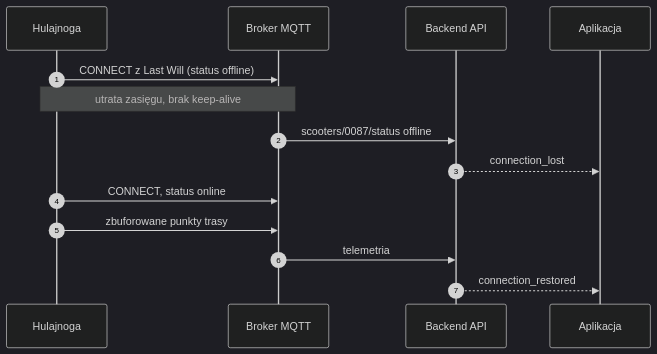
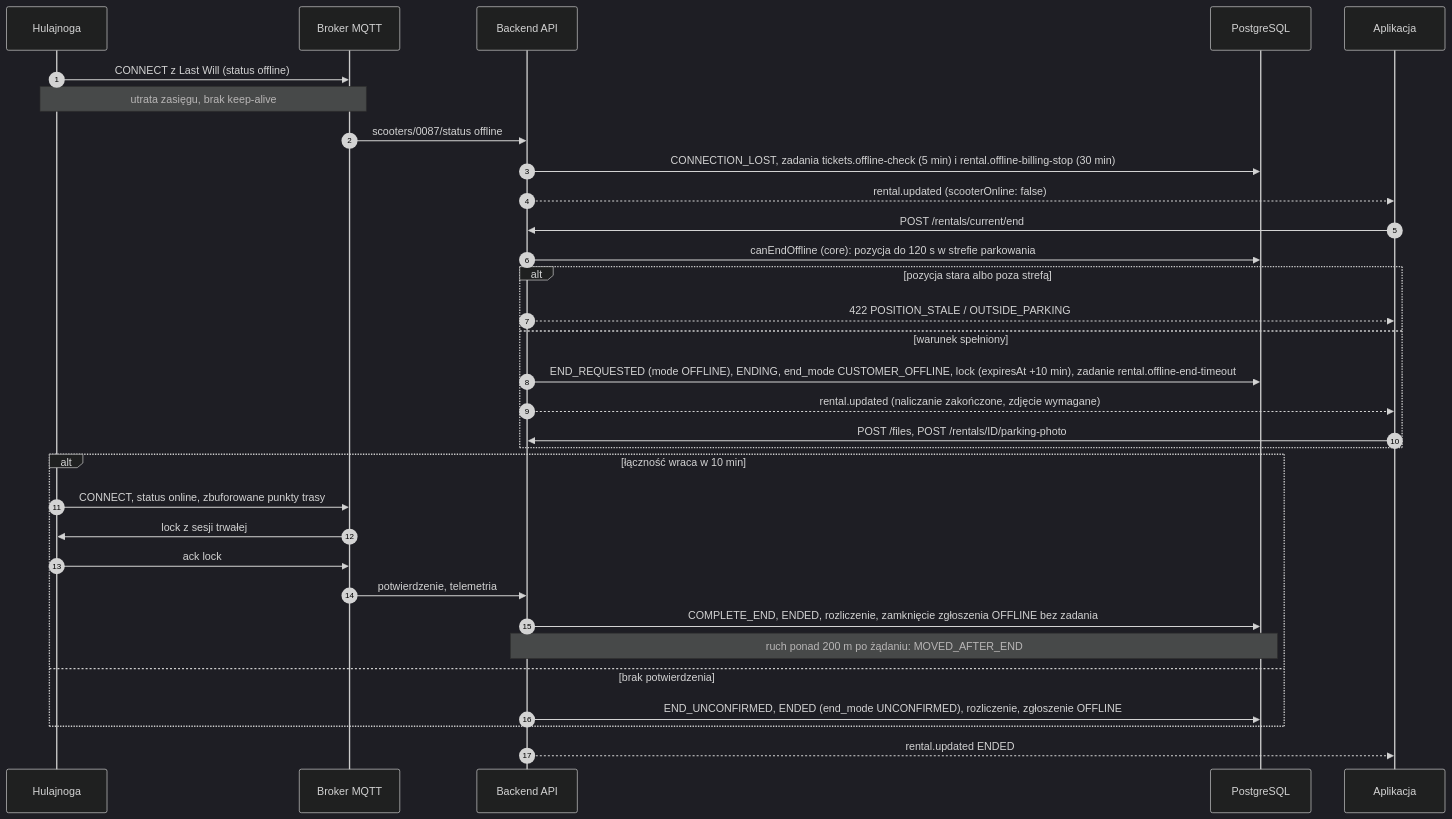
The sixth of 11 diagrams in docs/arc42/06-widok-czasu-dzialania.md (FifiLen/engineering-project), drawn with Mermaid (dark theme) before and after one commit. The commit also changed other lines of this file and 9 other files, not shown here.

````diff
--- a/docs/arc42/06-widok-czasu-dzialania.md
+++ b/docs/arc42/06-widok-czasu-dzialania.md
@@ -180,16 +201,34 @@
 ```mermaid
 sequenceDiagram
     autonumber
     participant H as Hulajnoga
     participant MQ as Broker MQTT
     participant API as Backend API
+    participant DB as PostgreSQL
     participant A as Aplikacja
     H->>MQ: CONNECT z Last Will (status offline)
     Note over H,MQ: utrata zasięgu, brak keep-alive
     MQ->>API: scooters/0087/status offline
-    API-->>A: connection_lost
-    H->>MQ: CONNECT, status online
-    H->>MQ: zbuforowane punkty trasy
-    MQ->>API: telemetria
-    API-->>A: connection_restored
+    API->>DB: CONNECTION_LOST, zadania tickets.offline-check (5 min) i rental.offline-billing-stop (30 min)
+    API-->>A: rental.updated (scooterOnline: false)
+    A->>API: POST /rentals/current/end
+    API->>DB: canEndOffline (core): pozycja do 120 s w strefie parkowania
+    alt pozycja stara albo poza strefą
+        API-->>A: 422 POSITION_STALE / OUTSIDE_PARKING
+    else warunek spełniony
+        API->>DB: END_REQUESTED (mode OFFLINE), ENDING, end_mode CUSTOMER_OFFLINE, lock (expiresAt +10 min), zadanie rental.offline-end-timeout
+        API-->>A: rental.updated (naliczanie zakończone, zdjęcie wymagane)
+        A->>API: POST /files, POST /rentals/ID/parking-photo
+    end
+    alt łączność wraca w 10 min
+        H->>MQ: CONNECT, status online, zbuforowane punkty trasy
+        MQ->>H: lock z sesji trwałej
+        H->>MQ: ack lock
+        MQ->>API: potwierdzenie, telemetria
+        API->>DB: COMPLETE_END, ENDED, rozliczenie, zamknięcie zgłoszenia OFFLINE bez zadania
+        Note over API,DB: ruch ponad 200 m po żądaniu: MOVED_AFTER_END
+    else brak potwierdzenia
+        API->>DB: END_UNCONFIRMED, ENDED (end_mode UNCONFIRMED), rozliczenie, zgłoszenie OFFLINE
+    end
+    API-->>A: rental.updated ENDED
 ```
````
